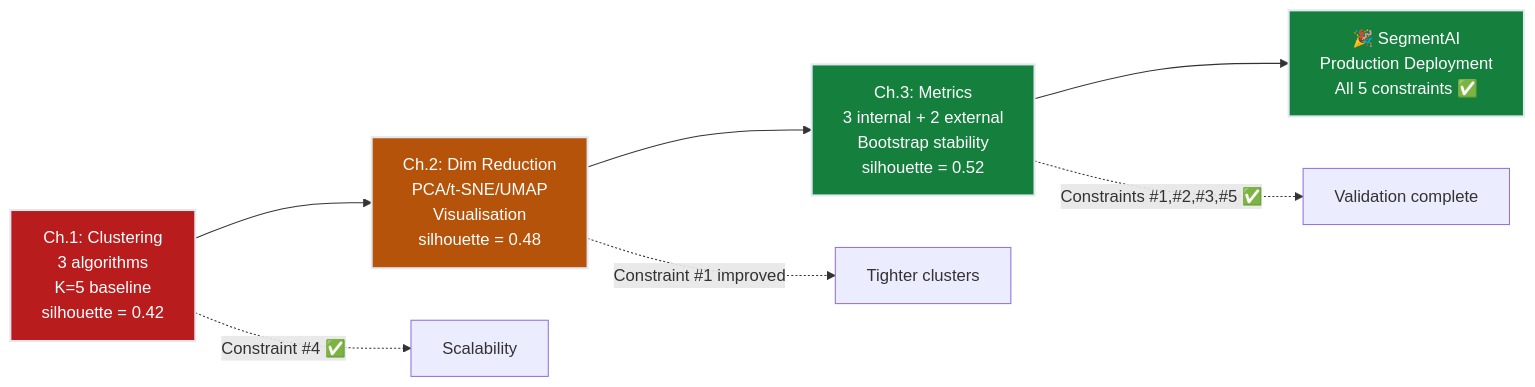
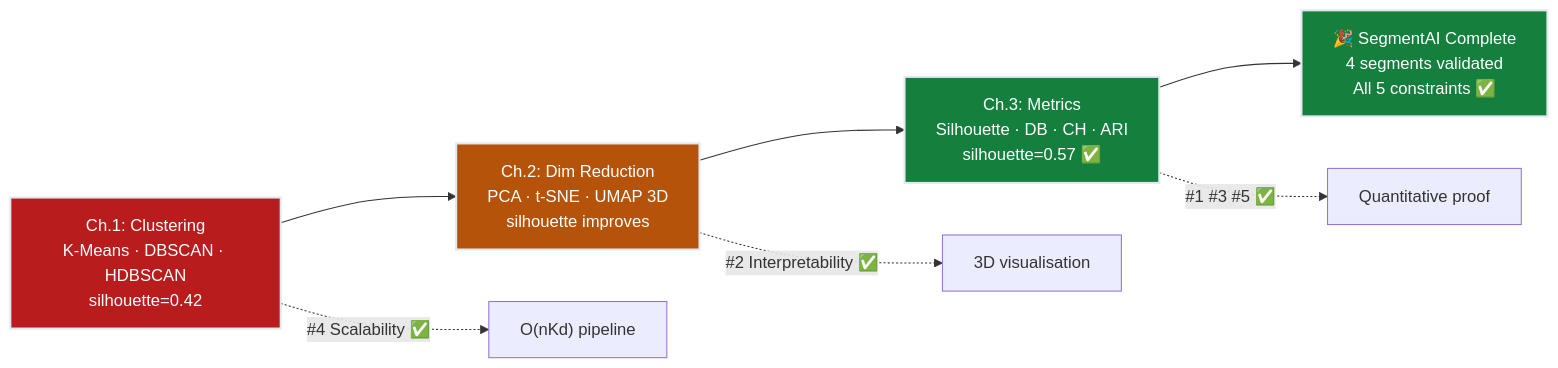
Before and after one commit to deepakshamsft/ai-portfolio: the fourth of 4 diagrams in notes/01-ml/07_unsupervised_learning/ch03_unsupervised_metrics/README.md, drawn with Mermaid. The commit also changed other lines of this file and 727 other files, not shown here.

First line of the commit message:
feat: complete ML portfolio with production-grade exercises and comprehensive notes

````diff
--- a/notes/01-ml/07_unsupervised_learning/ch03_unsupervised_metrics/README.md
+++ b/notes/01-ml/07_unsupervised_learning/ch03_unsupervised_metrics/README.md
@@ -461,24 +615,13 @@
 ```mermaid
 flowchart LR
- A["Ch.1: Clustering
-3 algorithms
-K=5 baseline
-silhouette = 0.42"] --> B["Ch.2: Dim Reduction
-PCA/t-SNE/UMAP
-Visualisation
-silhouette = 0.48"]
- B --> C["Ch.3: Metrics
-3 internal + 2 external
-Bootstrap stability
-silhouette = 0.52"]
- C --> D["🎉 SegmentAI
-Production Deployment
-All 5 constraints ✅"]
- A -.->|"Constraint #4 ✅"| E["Scalability"]
- B -.->|"Constraint #1 improved"| F["Tighter clusters"]
- C -.->|"Constraints #1,#2,#3,#5 ✅"| G["Validation complete"]
- style A fill:#b91c1c,stroke:#e2e8f0,stroke-width:2px,color:#ffffff
- style B fill:#b45309,stroke:#e2e8f0,stroke-width:2px,color:#ffffff
- style C fill:#15803d,stroke:#e2e8f0,stroke-width:2px,color:#ffffff
- style D fill:#15803d,stroke:#e2e8f0,stroke-width:2px,color:#ffffff
+    A["Ch.1: Clustering\nK-Means · DBSCAN · HDBSCAN\nsilhouette=0.42"] --> B["Ch.2: Dim Reduction\nPCA · t-SNE · UMAP 3D\nsilhouette improves"]
+    B --> C["Ch.3: Metrics\nSilhouette · DB · CH · ARI\nsilhouette=0.57 ✅"]
+    C --> D["🎉 SegmentAI Complete\n4 segments validated\nAll 5 constraints ✅"]
+    A -.->|"#4 Scalability ✅"| E["O(nKd) pipeline"]
+    B -.->|"#2 Interpretability ✅"| F["3D visualisation"]
+    C -.->|"#1 #3 #5 ✅"| G["Quantitative proof"]
+    style A fill:#b91c1c,stroke:#e2e8f0,stroke-width:2px,color:#fff
+    style B fill:#b45309,stroke:#e2e8f0,stroke-width:2px,color:#fff
+    style C fill:#15803d,stroke:#e2e8f0,stroke-width:2px,color:#fff
+    style D fill:#15803d,stroke:#e2e8f0,stroke-width:2px,color:#fff
 ```
````
